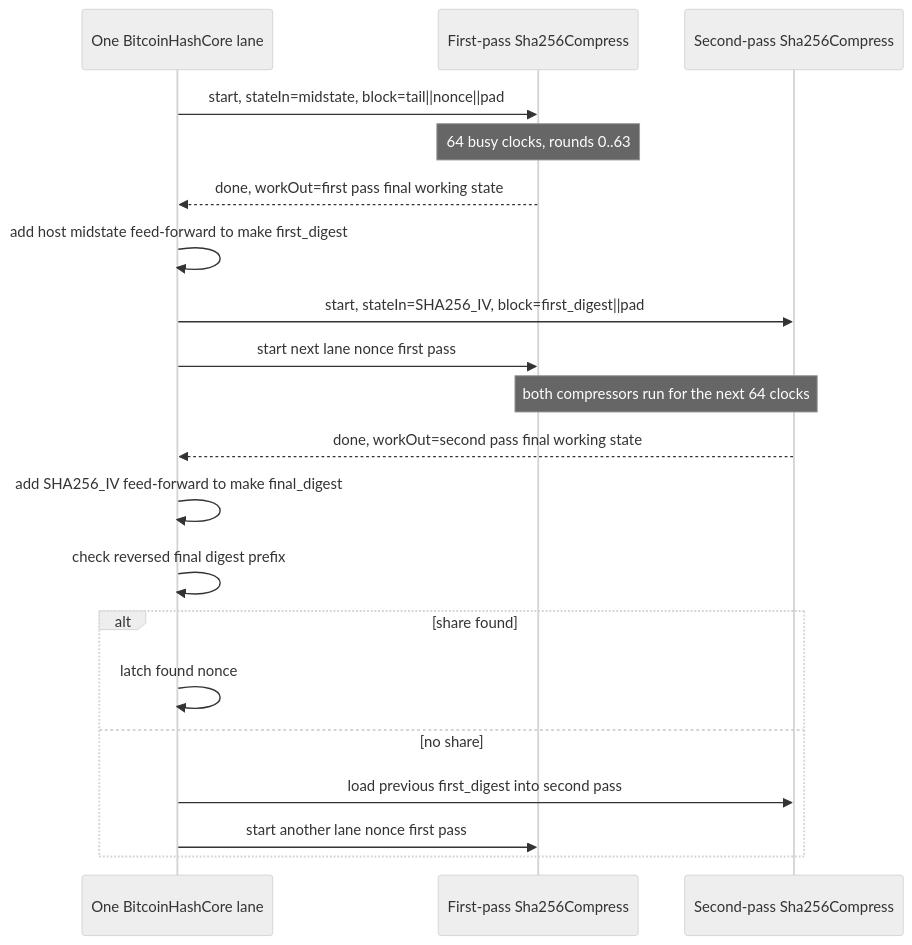
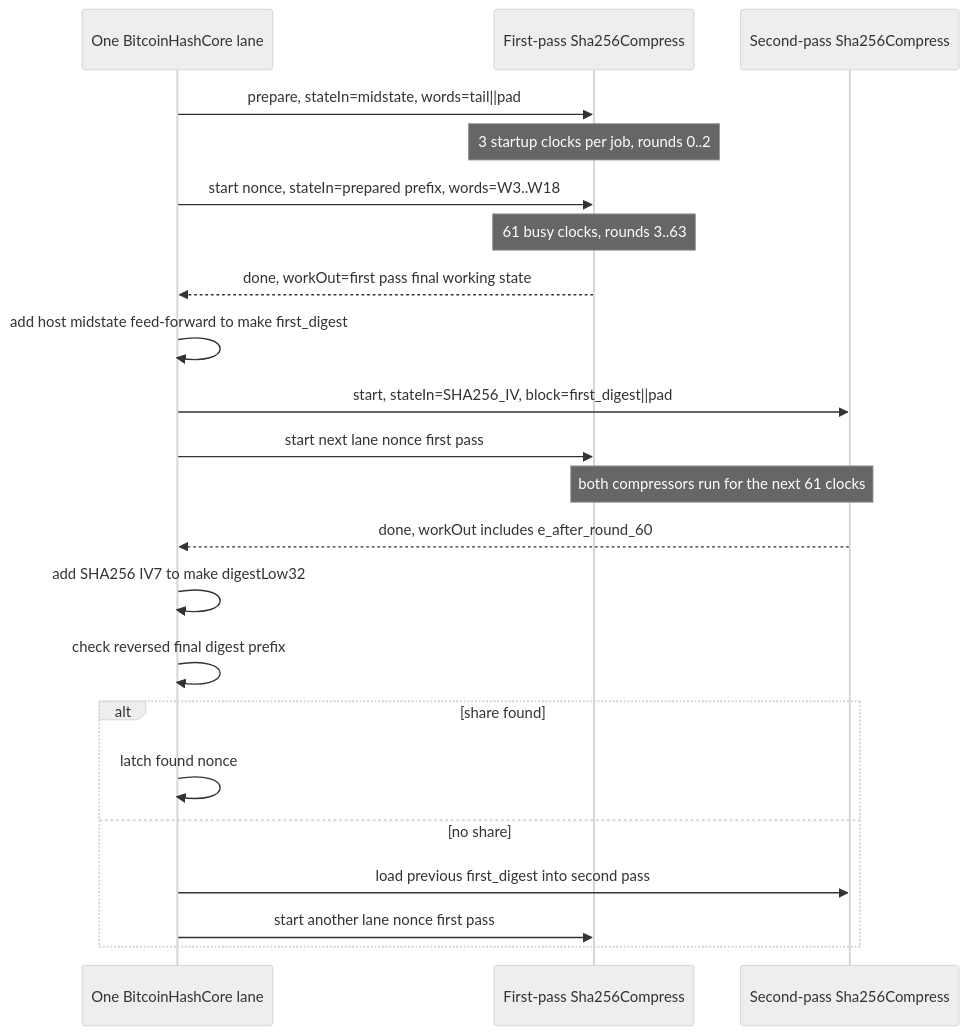
The fourth of 4 diagrams in docs/compression-circuitry.md (Distortions81/TangMiner), drawn with Mermaid (neutral theme) before and after one commit. The commit also changed other lines of this file and 10 other files, not shown here.

````diff
--- a/docs/compression-circuitry.md
+++ b/docs/compression-circuitry.md
@@ -190,23 +207,25 @@
 ```mermaid
 sequenceDiagram
     participant Core as One BitcoinHashCore lane
     participant SHA1 as First-pass Sha256Compress
     participant SHA2 as Second-pass Sha256Compress
 
-    Core->>SHA1: start, stateIn=midstate, block=tail||nonce||pad
-    Note over SHA1: 64 busy clocks, rounds 0..63
+    Core->>SHA1: prepare, stateIn=midstate, words=tail||pad
+    Note over SHA1: 3 startup clocks per job, rounds 0..2
+    Core->>SHA1: start nonce, stateIn=prepared prefix, words=W3..W18
+    Note over SHA1: 61 busy clocks, rounds 3..63
     SHA1-->>Core: done, workOut=first pass final working state
     Core->>Core: add host midstate feed-forward to make first_digest
     Core->>SHA2: start, stateIn=SHA256_IV, block=first_digest||pad
     Core->>SHA1: start next lane nonce first pass
-    Note over SHA1,SHA2: both compressors run for the next 64 clocks
-    SHA2-->>Core: done, workOut=second pass final working state
-    Core->>Core: add SHA256_IV feed-forward to make final_digest
+    Note over SHA1,SHA2: both compressors run for the next 61 clocks
+    SHA2-->>Core: done, workOut includes e_after_round_60
+    Core->>Core: add SHA256 IV7 to make digestLow32
     Core->>Core: check reversed final digest prefix
     alt share found
         Core->>Core: latch found nonce
     else no share
         Core->>SHA2: load previous first_digest into second pass
         Core->>SHA1: start another lane nonce first pass
     end
 ```
````
